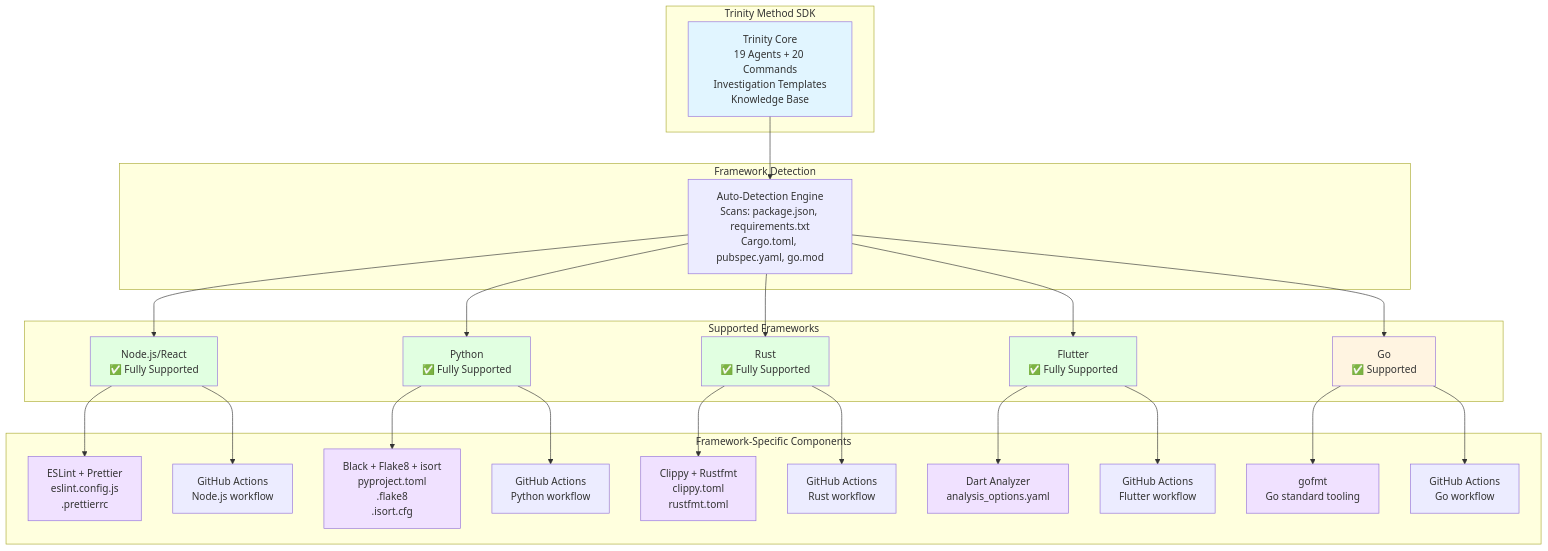
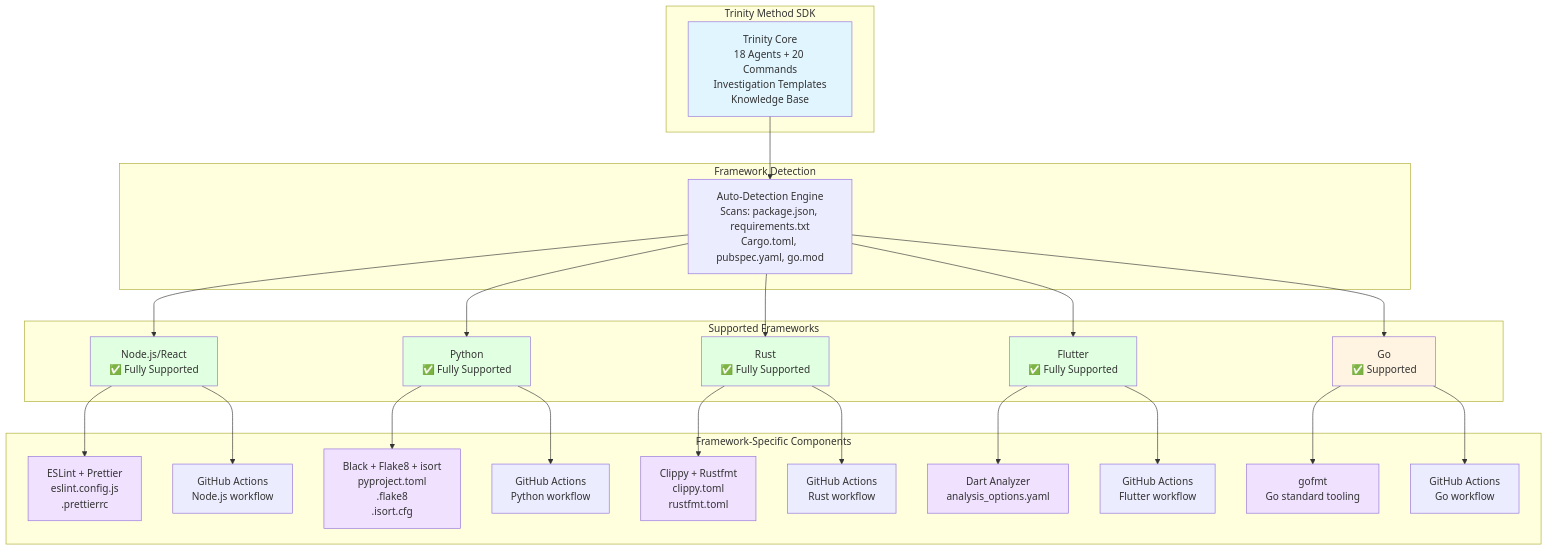
One commit to lukadfagundes/trinity-method-sdk changed the first of 2 diagrams in docs/images/multi-framework-support-matrix.md. Above: the diagram before and after it, drawn with Mermaid. The commit also changed other lines of this file and 114 other files, not shown here.

````diff
--- a/docs/images/multi-framework-support-matrix.md
+++ b/docs/images/multi-framework-support-matrix.md
@@ -5,62 +5,62 @@
 ```mermaid
 graph TB
     subgraph "Trinity Method SDK"
-        CORE[Trinity Core<br/>19 Agents + 20 Commands<br/>Investigation Templates<br/>Knowledge Base]
+        CORE[Trinity Core<br/>18 Agents + 20 Commands<br/>Investigation Templates<br/>Knowledge Base]
     end
 
     subgraph "Framework Detection"
         DETECT[Auto-Detection Engine<br/>Scans: package.json, requirements.txt<br/>Cargo.toml, pubspec.yaml, go.mod]
     end
 
     subgraph "Supported Frameworks"
         NODE[Node.js/React<br/>✅ Fully Supported]
         PYTHON[Python<br/>✅ Fully Supported]
         RUST[Rust<br/>✅ Fully Supported]
         FLUTTER[Flutter<br/>✅ Fully Supported]
         GO[Go<br/>✅ Supported]
     end
 
     subgraph "Framework-Specific Components"
         NODE_LINT[ESLint + Prettier<br/>eslint.config.js<br/>.prettierrc]
         PYTHON_LINT[Black + Flake8 + isort<br/>pyproject.toml<br/>.flake8<br/>.isort.cfg]
         RUST_LINT[Clippy + Rustfmt<br/>clippy.toml<br/>rustfmt.toml]
         FLUTTER_LINT[Dart Analyzer<br/>analysis_options.yaml]
         GO_LINT[gofmt<br/>Go standard tooling]
 
         NODE_CI[GitHub Actions<br/>Node.js workflow]
         PYTHON_CI[GitHub Actions<br/>Python workflow]
         RUST_CI[GitHub Actions<br/>Rust workflow]
         FLUTTER_CI[GitHub Actions<br/>Flutter workflow]
         GO_CI[GitHub Actions<br/>Go workflow]
     end
 
     CORE --> DETECT
     DETECT --> NODE
     DETECT --> PYTHON
     DETECT --> RUST
     DETECT --> FLUTTER
     DETECT --> GO
 
     NODE --> NODE_LINT
     NODE --> NODE_CI
     PYTHON --> PYTHON_LINT
     PYTHON --> PYTHON_CI
     RUST --> RUST_LINT
     RUST --> RUST_CI
     FLUTTER --> FLUTTER_LINT
     FLUTTER --> FLUTTER_CI
     GO --> GO_LINT
     GO --> GO_CI
 
     style CORE fill:#e1f5ff
     style NODE fill:#e1ffe1
     style PYTHON fill:#e1ffe1
     style RUST fill:#e1ffe1
     style FLUTTER fill:#e1ffe1
     style GO fill:#fff4e1
     style NODE_LINT fill:#f0e1ff
     style PYTHON_LINT fill:#f0e1ff
     style RUST_LINT fill:#f0e1ff
     style FLUTTER_LINT fill:#f0e1ff
     style GO_LINT fill:#f0e1ff
 ```
````
